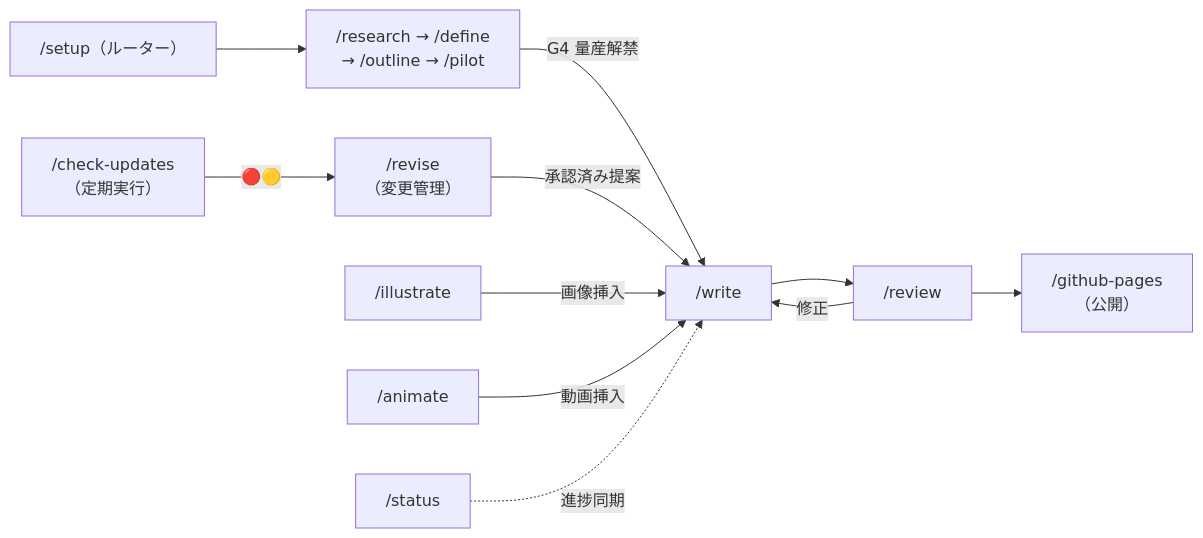
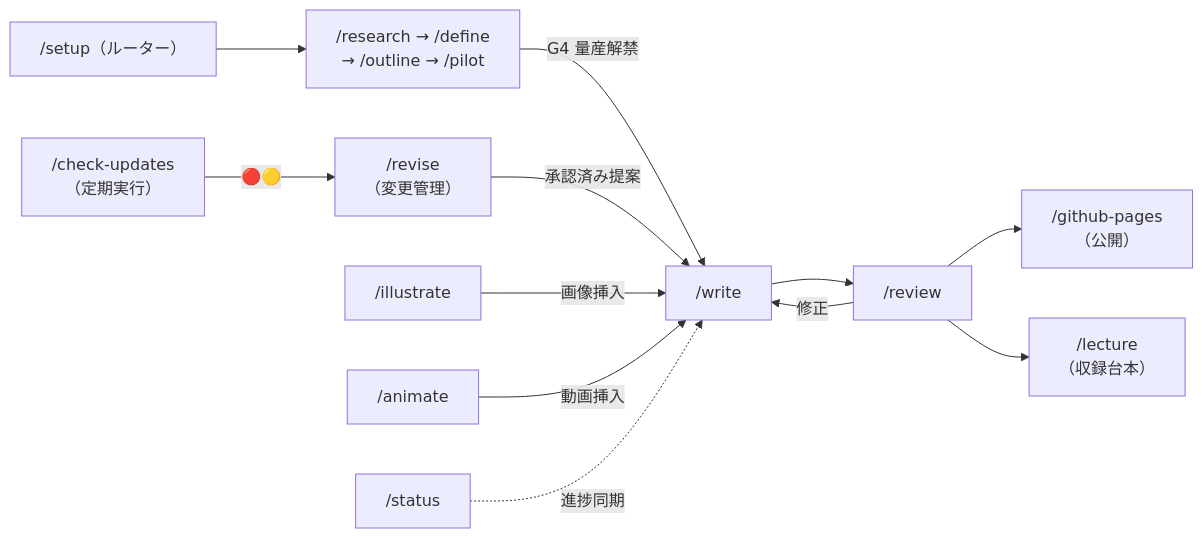
The fourth of 4 diagrams in README.md (yotaro0616/curriculum-writer), drawn with Mermaid before and after one commit. The commit also changed other lines of this file and 1 other file, not shown here.

Commit message:
docs: README / CLAUDE.md を量産ループ・/lecture へ更新（スキル数 17 の修正含む）

````diff
--- a/README.md
+++ b/README.md
@@ -222,13 +235,14 @@
 ```mermaid
 flowchart LR
     setup["/setup（ルーター）"] --> up["/research → /define\n→ /outline → /pilot"]
     up -->|G4 量産解禁| write["/write"]
     write --> review["/review"]
     review -->|修正| write
     review --> publish["/github-pages\n（公開）"]
     check["/check-updates\n（定期実行）"] -->|🔴🟡| revise["/revise\n（変更管理）"]
     revise -->|承認済み提案| write
     illustrate["/illustrate"] -->|画像挿入| write
     animate["/animate"] -->|動画挿入| write
+    review --> lecture["/lecture\n（収録台本）"]
     status["/status"] -.->|進捗同期| write
 ```
````
